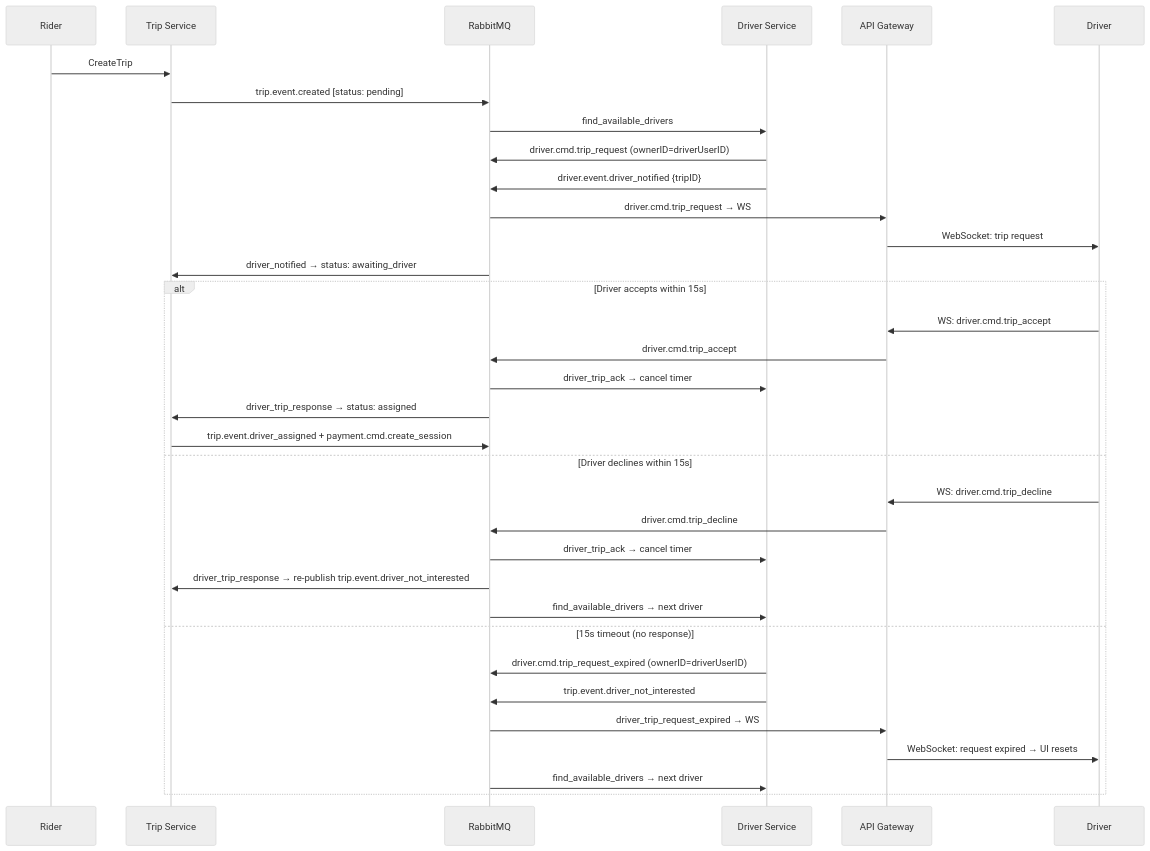
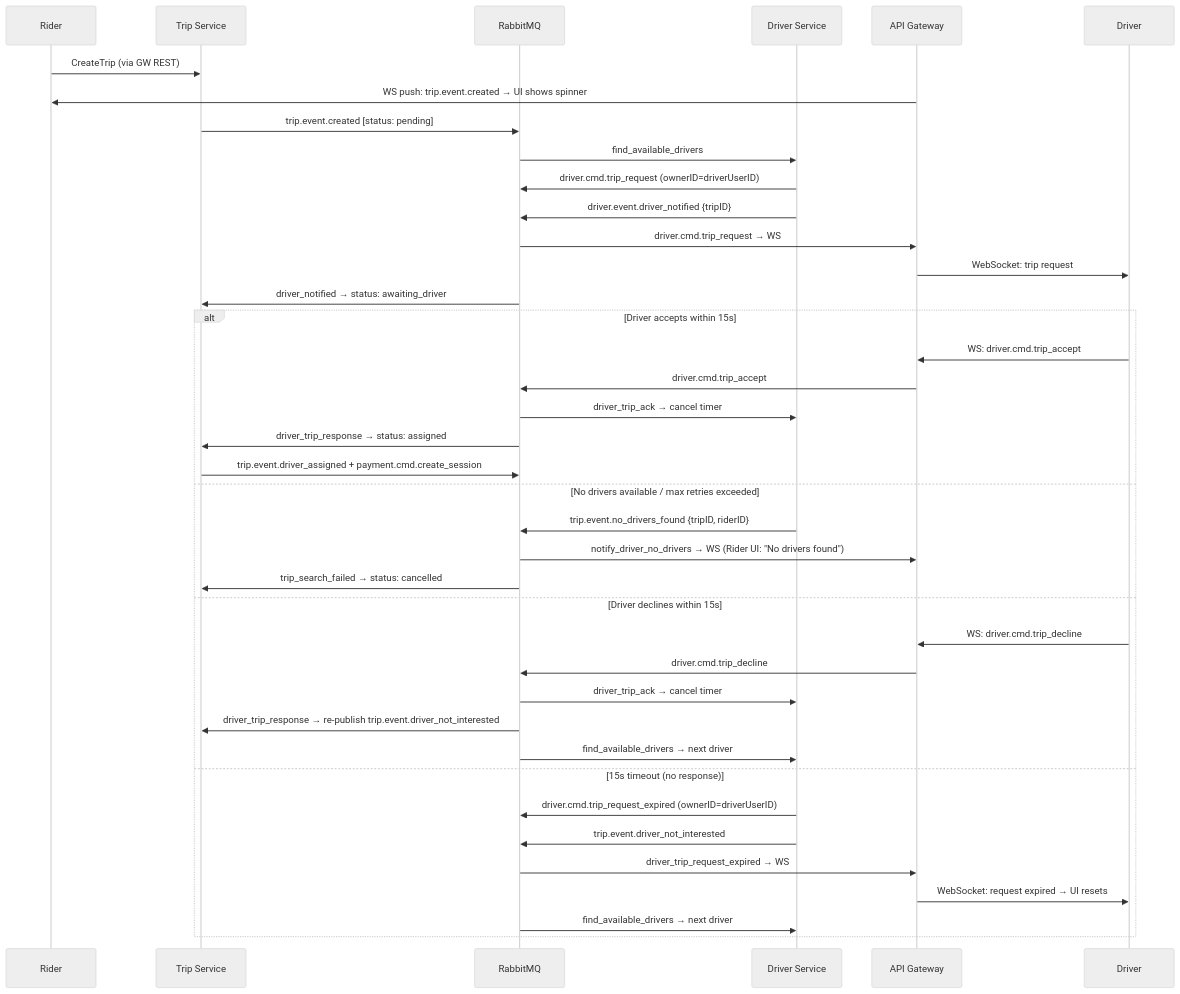
Before and after one commit to heilrake/go-microservice: the second of 2 diagrams in docs/architecture/service-map.md, drawn with Mermaid (neutral theme). The commit also changed other lines of this file and 10 other files, not shown here.

Commit message:
feat: implement trip cancellation handling when no drivers are found; update event messaging and UI feedback for riders; enhance trip status management in services

````diff
--- a/docs/architecture/service-map.md
+++ b/docs/architecture/service-map.md
@@ -77,38 +79,43 @@
 ```mermaid
 sequenceDiagram
     participant Rider
     participant TripSvc as Trip Service
     participant MQ as RabbitMQ
     participant DriverSvc as Driver Service
     participant GW as API Gateway
     participant Driver
 
-    Rider->>TripSvc: CreateTrip
+    Rider->>TripSvc: CreateTrip (via GW REST)
+    GW->>Rider: WS push: trip.event.created → UI shows spinner
     TripSvc->>MQ: trip.event.created [status: pending]
     MQ->>DriverSvc: find_available_drivers
     DriverSvc->>MQ: driver.cmd.trip_request (ownerID=driverUserID)
     DriverSvc->>MQ: driver.event.driver_notified {tripID}
     MQ->>GW: driver.cmd.trip_request → WS
     GW->>Driver: WebSocket: trip request
     MQ->>TripSvc: driver_notified → status: awaiting_driver
 
     alt Driver accepts within 15s
         Driver->>GW: WS: driver.cmd.trip_accept
         GW->>MQ: driver.cmd.trip_accept
         MQ->>DriverSvc: driver_trip_ack → cancel timer
         MQ->>TripSvc: driver_trip_response → status: assigned
         TripSvc->>MQ: trip.event.driver_assigned + payment.cmd.create_session
+    else No drivers available / max retries exceeded
+        DriverSvc->>MQ: trip.event.no_drivers_found {tripID, riderID}
+        MQ->>GW: notify_driver_no_drivers → WS (Rider UI: "No drivers found")
+        MQ->>TripSvc: trip_search_failed → status: cancelled
     else Driver declines within 15s
         Driver->>GW: WS: driver.cmd.trip_decline
         GW->>MQ: driver.cmd.trip_decline
         MQ->>DriverSvc: driver_trip_ack → cancel timer
         MQ->>TripSvc: driver_trip_response → re-publish trip.event.driver_not_interested
         MQ->>DriverSvc: find_available_drivers → next driver
     else 15s timeout (no response)
         DriverSvc->>MQ: driver.cmd.trip_request_expired (ownerID=driverUserID)
         DriverSvc->>MQ: trip.event.driver_not_interested
         MQ->>GW: driver_trip_request_expired → WS
         GW->>Driver: WebSocket: request expired → UI resets
         MQ->>DriverSvc: find_available_drivers → next driver
     end
 ```
````
